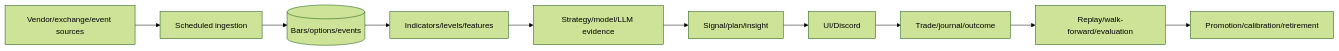
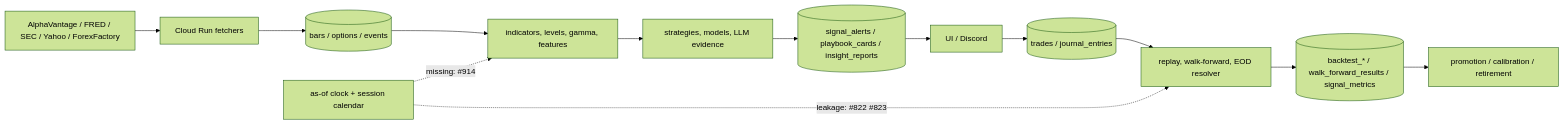
Before and after one commit to TeneikaAskew/stocks: the diagram in docs/product/06-DATA-ARCHITECTURE.md, drawn with Mermaid (forest theme). The commit also changed other lines of this file and 16 other files, not shown here.

````diff
--- a/docs/product/06-DATA-ARCHITECTURE.md
+++ b/docs/product/06-DATA-ARCHITECTURE.md
@@ -26,12 +185,15 @@
 ```mermaid
 flowchart LR
- SRC[Vendor/exchange/event sources] --> ING[Scheduled ingestion]
- ING --> RAW[(Bars/options/events)]
- RAW --> DER[Indicators/levels/features]
- DER --> RULE[Strategy/model/LLM evidence]
- RULE --> DEC[Signal/plan/insight]
- DEC --> UX[UI/Discord]
- UX --> OUT[Trade/journal/outcome]
- OUT --> EVAL[Replay/walk-forward/evaluation]
- EVAL --> GOV[Promotion/calibration/retirement]
+ SRC[AlphaVantage / FRED / SEC / Yahoo / ForexFactory] --> ING[Cloud Run fetchers]
+ ING --> RAW[(bars / options / events)]
+ RAW --> DER[indicators, levels, gamma, features]
+ DER --> RULE[strategies, models, LLM evidence]
+ RULE --> DEC[(signal_alerts / playbook_cards / insight_reports)]
+ DEC --> UX[UI / Discord]
+ UX --> OUT[(trades / journal_entries)]
+ OUT --> EVAL[replay, walk-forward, EOD resolver]
+ EVAL --> METRIC[(backtest_* / walk_forward_results / signal_metrics)]
+ METRIC --> GOV[promotion / calibration / retirement]
+ CLOCK[as-of clock + session calendar] -.->|missing: #914| DER
+ CLOCK -.->|leakage: #822 #823| EVAL
 ```
````
